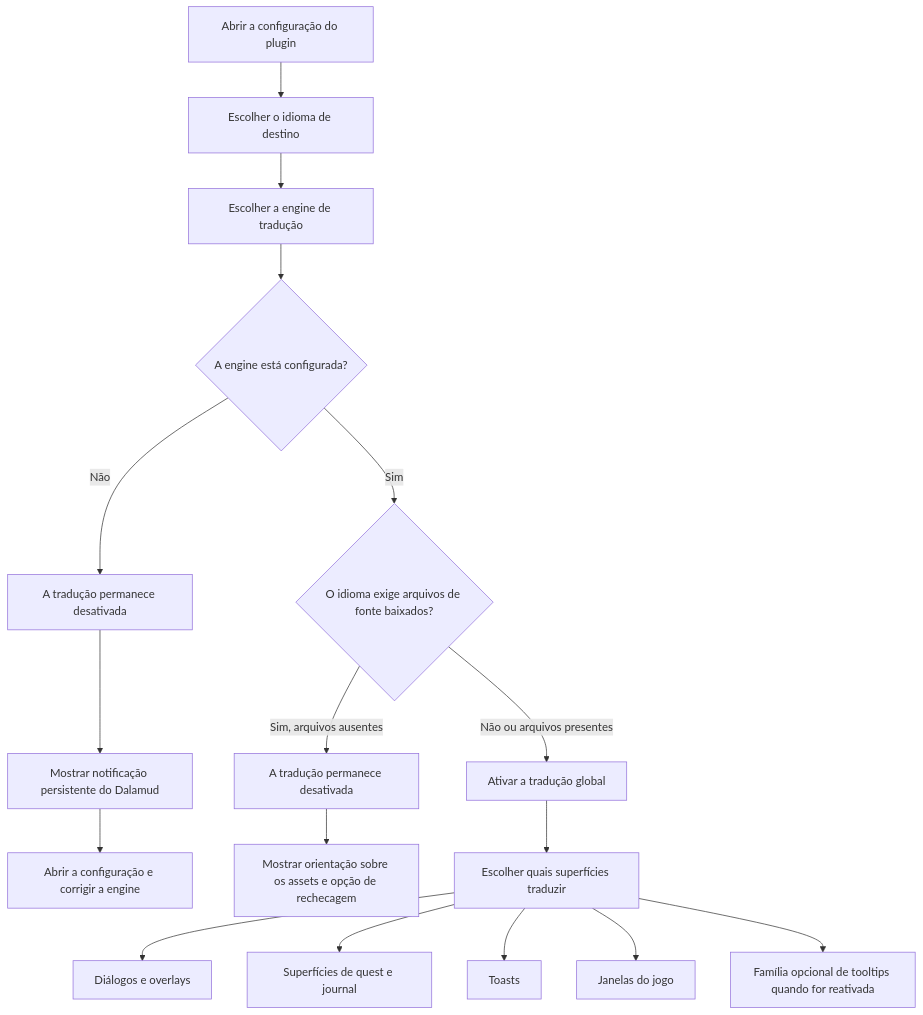
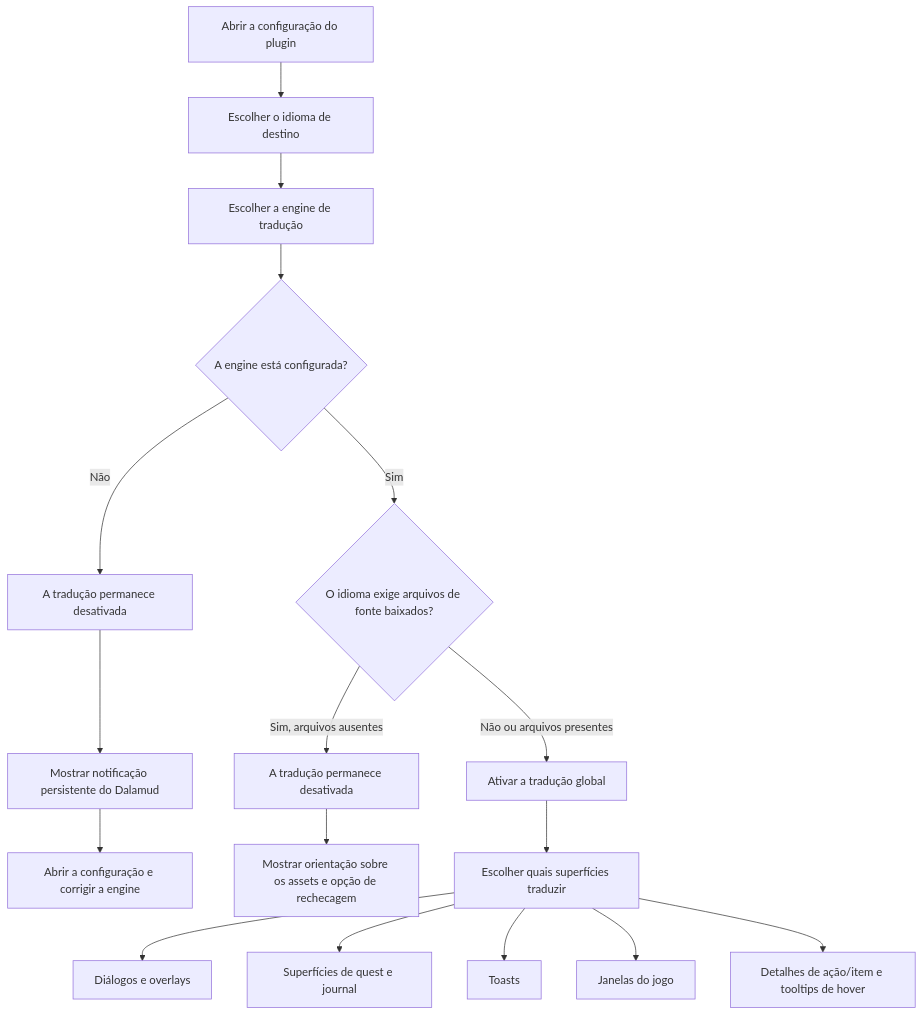
The diagram in docs/translation-surface-support-matrix.pt-BR.md (lokinmodar/Echoglossian), drawn with Mermaid before and after one commit. The commit also changed other lines of this file and 10 other files, not shown here.

````diff
--- a/docs/translation-surface-support-matrix.pt-BR.md
+++ b/docs/translation-surface-support-matrix.pt-BR.md
@@ -14,19 +14,19 @@
 ```mermaid
 flowchart TD
     A[Abrir a configuração do plugin] --> B[Escolher o idioma de destino]
     B --> C[Escolher a engine de tradução]
     C --> D{A engine está configurada?}
     D -- Não --> E[A tradução permanece desativada]
     E --> E1[Mostrar notificação persistente do Dalamud]
     E1 --> E2[Abrir a configuração e corrigir a engine]
     D -- Sim --> F{O idioma exige arquivos de fonte baixados?}
     F -- Sim, arquivos ausentes --> G[A tradução permanece desativada]
     G --> G1[Mostrar orientação sobre os assets e opção de rechecagem]
     F -- Não ou arquivos presentes --> H[Ativar a tradução global]
     H --> I[Escolher quais superfícies traduzir]
     I --> J[Diálogos e overlays]
     I --> K[Superfícies de quest e journal]
     I --> L[Toasts]
     I --> M[Janelas do jogo]
-    I --> N[Família opcional de tooltips quando for reativada]
+    I --> N[Detalhes de ação/item e tooltips de hover]
 ```
````
